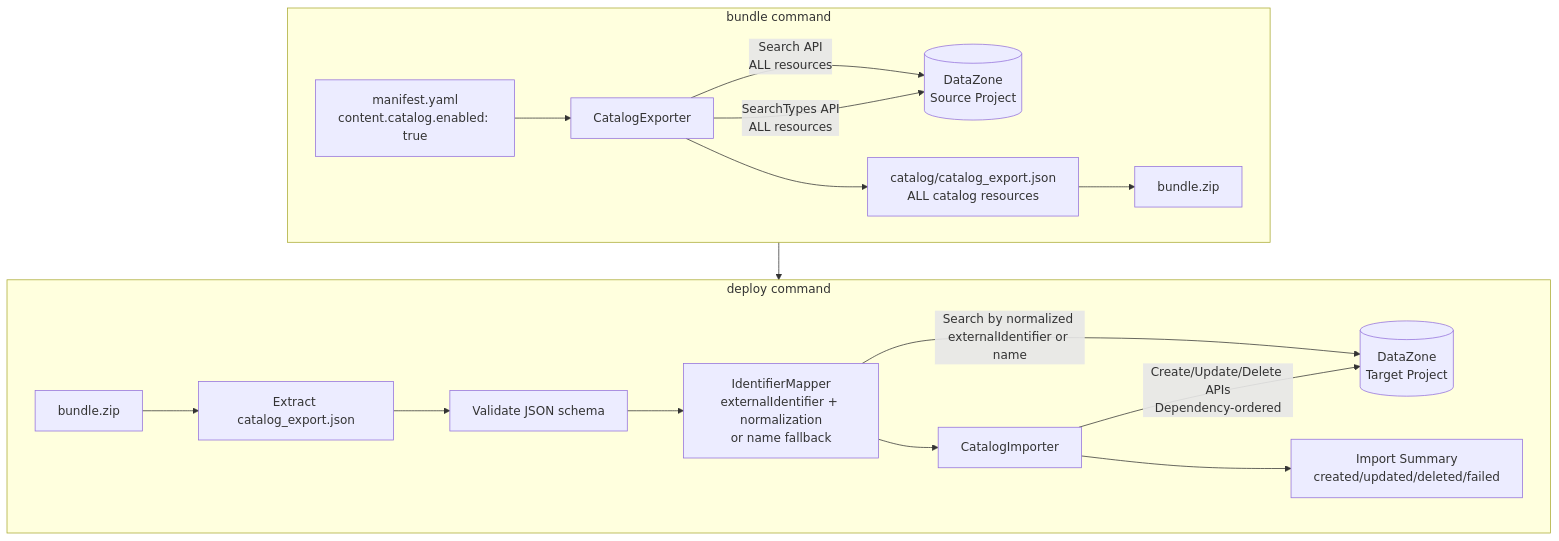
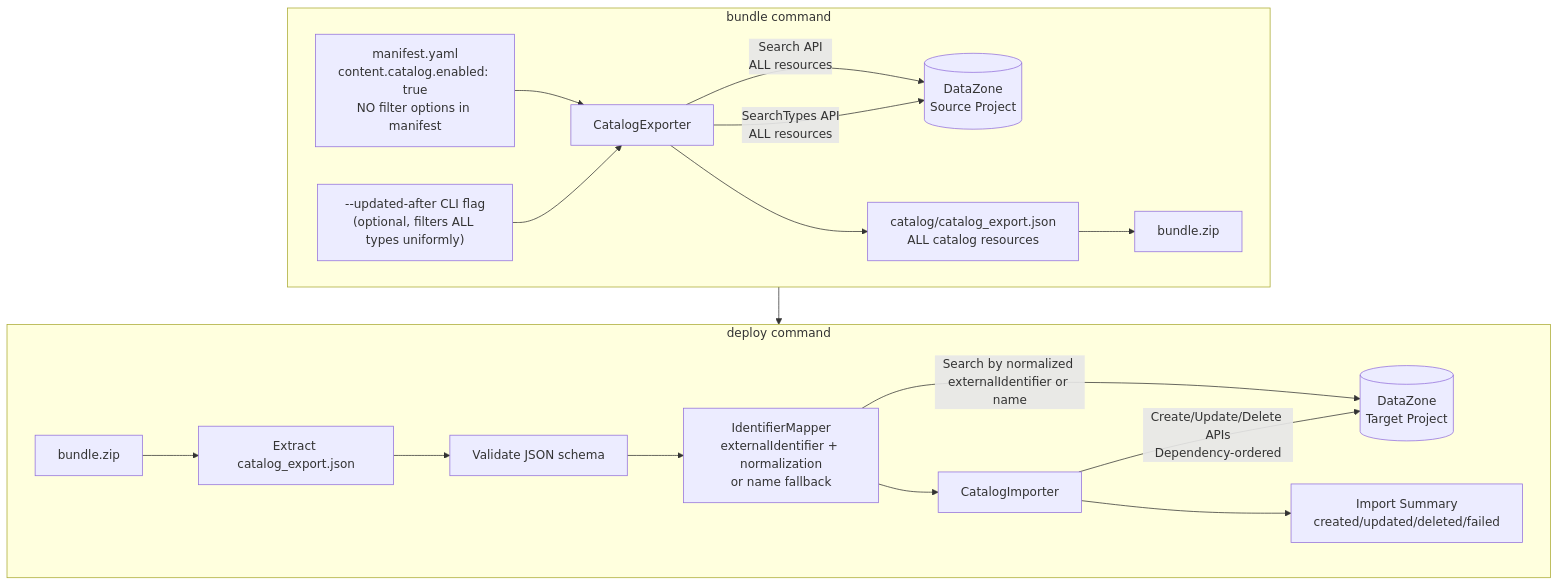
Before and after one commit to vasu2856/CICD-for-SageMakerUnifiedStudio-public: the first of 2 diagrams in .kiro/specs/datazone-catalog-import-export/design.md, drawn with Mermaid. The commit also changed other lines of this file and 5 other files, not shown here.

First line of the commit message:
docs(datazone-catalog-import-export): clarify manifest schema and CLI filtering

````diff
--- a/.kiro/specs/datazone-catalog-import-export/design.md
+++ b/.kiro/specs/datazone-catalog-import-export/design.md
@@ -11,22 +11,23 @@
 ```mermaid
 flowchart TD
     subgraph Bundle["bundle command"]
-        M[manifest.yaml<br/>content.catalog.enabled: true] --> CE[CatalogExporter]
+        M[manifest.yaml<br/>content.catalog.enabled: true<br/>NO filter options in manifest] --> CE[CatalogExporter]
+        CLI["--updated-after CLI flag<br/>(optional, filters ALL types uniformly)"] --> CE
         CE -->|Search API<br/>ALL resources| DZ1[(DataZone<br/>Source Project)]
         CE -->|SearchTypes API<br/>ALL resources| DZ1
         CE --> JSON[catalog/catalog_export.json<br/>ALL catalog resources]
         JSON --> ZIP[bundle.zip]
     end
 
     subgraph Deploy["deploy command"]
         ZIP2[bundle.zip] --> UNZIP[Extract catalog_export.json]
         UNZIP --> VAL[Validate JSON schema]
         VAL --> IM[IdentifierMapper<br/>externalIdentifier + normalization<br/>or name fallback]
         IM -->|Search by normalized externalIdentifier or name| DZ2[(DataZone<br/>Target Project)]
         IM --> CI[CatalogImporter]
         CI -->|Create/Update/Delete APIs<br/>Dependency-ordered| DZ2
         CI --> SUM[Import Summary<br/>created/updated/deleted/failed]
     end
 
     Bundle --> Deploy
 ```
````
